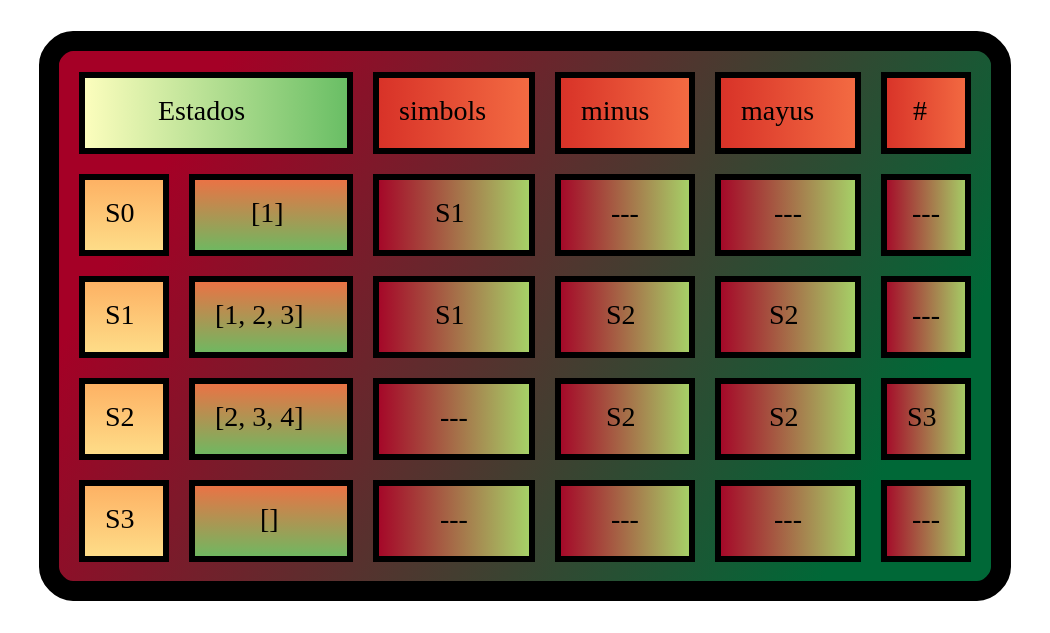
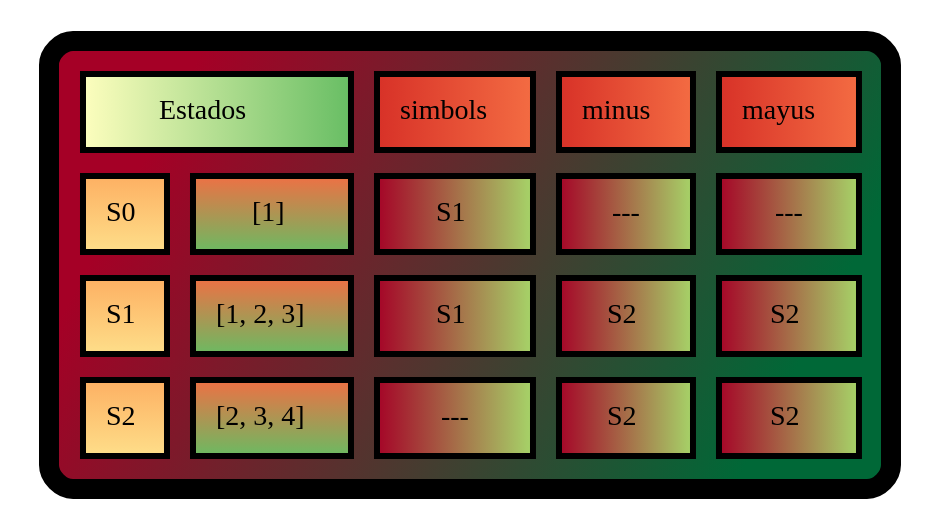
One commit to AngelArteaga1/OLC_Proyecto1_201901816 changed the diagram in OLC_Proyecto1_201901816/Transiciones/erAzar.dot. Above: the diagram before and after it, drawn with Graphviz. The commit also changed 26 other files, not shown here.

```diff
--- a/OLC_Proyecto1_201901816/Transiciones/erAzar.dot
+++ b/OLC_Proyecto1_201901816/Transiciones/erAzar.dot
@@ -1,47 +1,35 @@
 digraph G{
 tbl [
 shape=plaintext
 label=<
 <TABLE border="10" cellspacing="10" cellpadding="10" style="rounded" bgcolor="/rdylgn11/1:/rdylgn11/11" gradientangle="315">
 <TR>
 <TD border="3" colspan="2"  bgcolor="/rdylgn11/6:/rdylgn11/9">Estados</TD>
 <TD border="3"  bgcolor="/rdylgn11/2:/rdylgn11/3">simbols</TD>
 <TD border="3"  bgcolor="/rdylgn11/2:/rdylgn11/3">minus</TD>
 <TD border="3"  bgcolor="/rdylgn11/2:/rdylgn11/3">mayus</TD>
-<TD border="3"  bgcolor="/rdylgn11/2:/rdylgn11/3">#</TD>
 </TR>
 <TR>
 <TD border="3" bgcolor="/rdylgn11/4:/rdylgn11/5" gradientangle="270">S0</TD>
 <TD border="3" bgcolor="/rdylgn11/3:/rdylgn11/9" gradientangle="270">[1]</TD>
 <TD border="3"  bgcolor="/rdylgn11/1:/rdylgn11/8">S1</TD>
-<TD border="3"  bgcolor="/rdylgn11/1:/rdylgn11/8">---</TD>
 <TD border="3"  bgcolor="/rdylgn11/1:/rdylgn11/8">---</TD>
 <TD border="3"  bgcolor="/rdylgn11/1:/rdylgn11/8">---</TD>
 </TR>
 <TR>
 <TD border="3" bgcolor="/rdylgn11/4:/rdylgn11/5" gradientangle="270">S1</TD>
 <TD border="3" bgcolor="/rdylgn11/3:/rdylgn11/9" gradientangle="270">[1, 2, 3]</TD>
 <TD border="3"  bgcolor="/rdylgn11/1:/rdylgn11/8">S1</TD>
 <TD border="3"  bgcolor="/rdylgn11/1:/rdylgn11/8">S2</TD>
 <TD border="3"  bgcolor="/rdylgn11/1:/rdylgn11/8">S2</TD>
-<TD border="3"  bgcolor="/rdylgn11/1:/rdylgn11/8">---</TD>
 </TR>
 <TR>
 <TD border="3" bgcolor="/rdylgn11/4:/rdylgn11/5" gradientangle="270">S2</TD>
 <TD border="3" bgcolor="/rdylgn11/3:/rdylgn11/9" gradientangle="270">[2, 3, 4]</TD>
 <TD border="3"  bgcolor="/rdylgn11/1:/rdylgn11/8">---</TD>
 <TD border="3"  bgcolor="/rdylgn11/1:/rdylgn11/8">S2</TD>
 <TD border="3"  bgcolor="/rdylgn11/1:/rdylgn11/8">S2</TD>
-<TD border="3"  bgcolor="/rdylgn11/1:/rdylgn11/8">S3</TD>
-</TR>
-<TR>
-<TD border="3" bgcolor="/rdylgn11/4:/rdylgn11/5" gradientangle="270">S3</TD>
-<TD border="3" bgcolor="/rdylgn11/3:/rdylgn11/9" gradientangle="270">[]</TD>
-<TD border="3"  bgcolor="/rdylgn11/1:/rdylgn11/8">---</TD>
-<TD border="3"  bgcolor="/rdylgn11/1:/rdylgn11/8">---</TD>
-<TD border="3"  bgcolor="/rdylgn11/1:/rdylgn11/8">---</TD>
-<TD border="3"  bgcolor="/rdylgn11/1:/rdylgn11/8">---</TD>
 </TR>
 </TABLE>
 >];
 }
```
